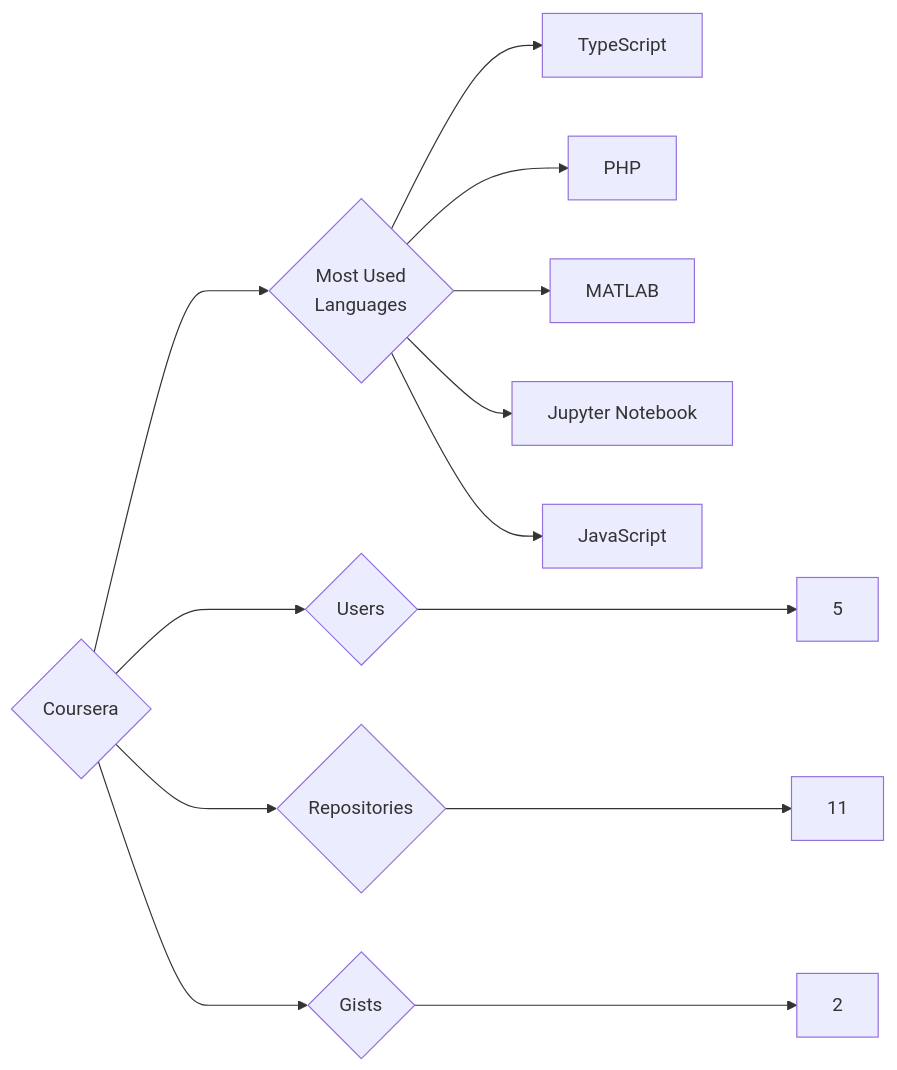
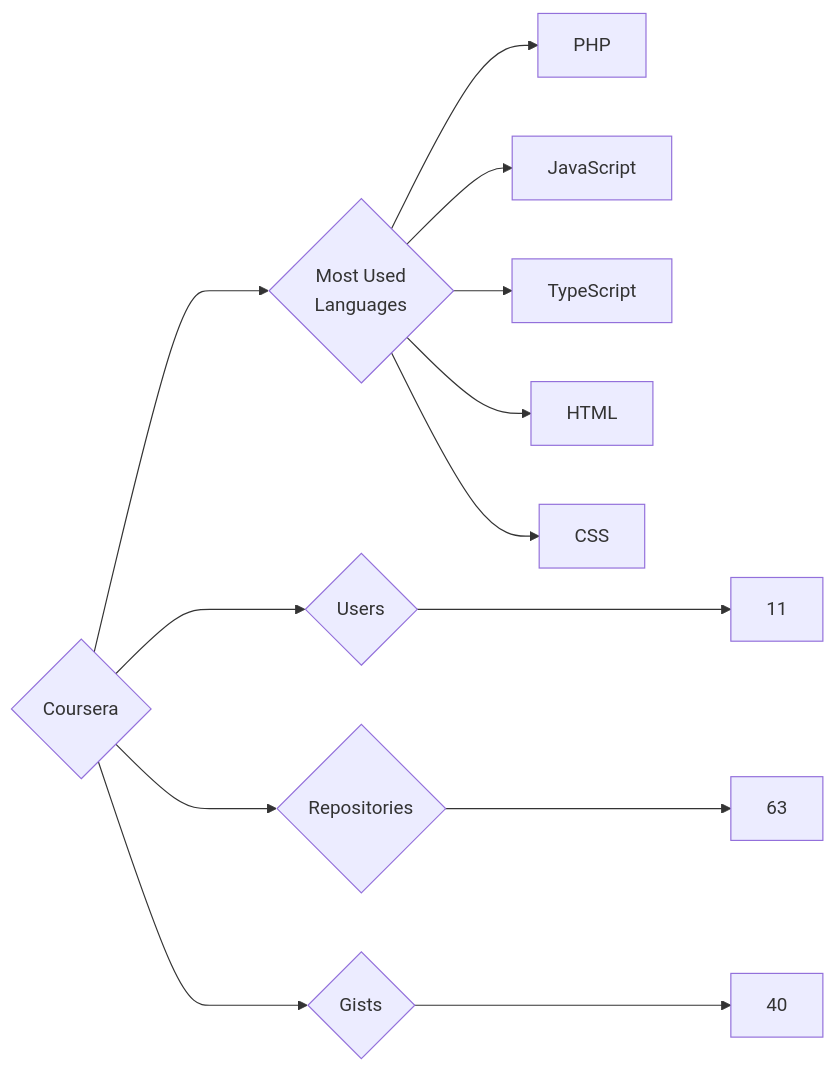
One commit to trickest/insiders changed the diagram in targets/Coursera/README.md. Above: the diagram before and after it, drawn with Mermaid. The commit also changed 933 other files, not shown here.

````diff
--- a/targets/Coursera/README.md
+++ b/targets/Coursera/README.md
@@ -3,13 +3,13 @@
 ```mermaid
 graph LR
 COMPANY_NAME{Coursera}
-COMPANY_NAME ---> U{Users} ---> UN[5]
-COMPANY_NAME ---> R{Repositories} ---> RN[11]
-COMPANY_NAME ---> G{Gists} ---> GN[2]
+COMPANY_NAME ---> U{Users} ---> UN[11]
+COMPANY_NAME ---> R{Repositories} ---> RN[63]
+COMPANY_NAME ---> G{Gists} ---> GN[40]
 COMPANY_NAME ---> ML{Most Used<br>Languages}
+ML --> PHP[PHP]
+ML --> JavaScript[JavaScript]
 ML --> TypeScript[TypeScript]
-ML --> PHP[PHP]
-ML --> MATLAB[MATLAB]
-ML --> Jupyter_Notebook[Jupyter Notebook]
-ML --> JavaScript[JavaScript]
+ML --> HTML[HTML]
+ML --> CSS[CSS]
 ```
````
